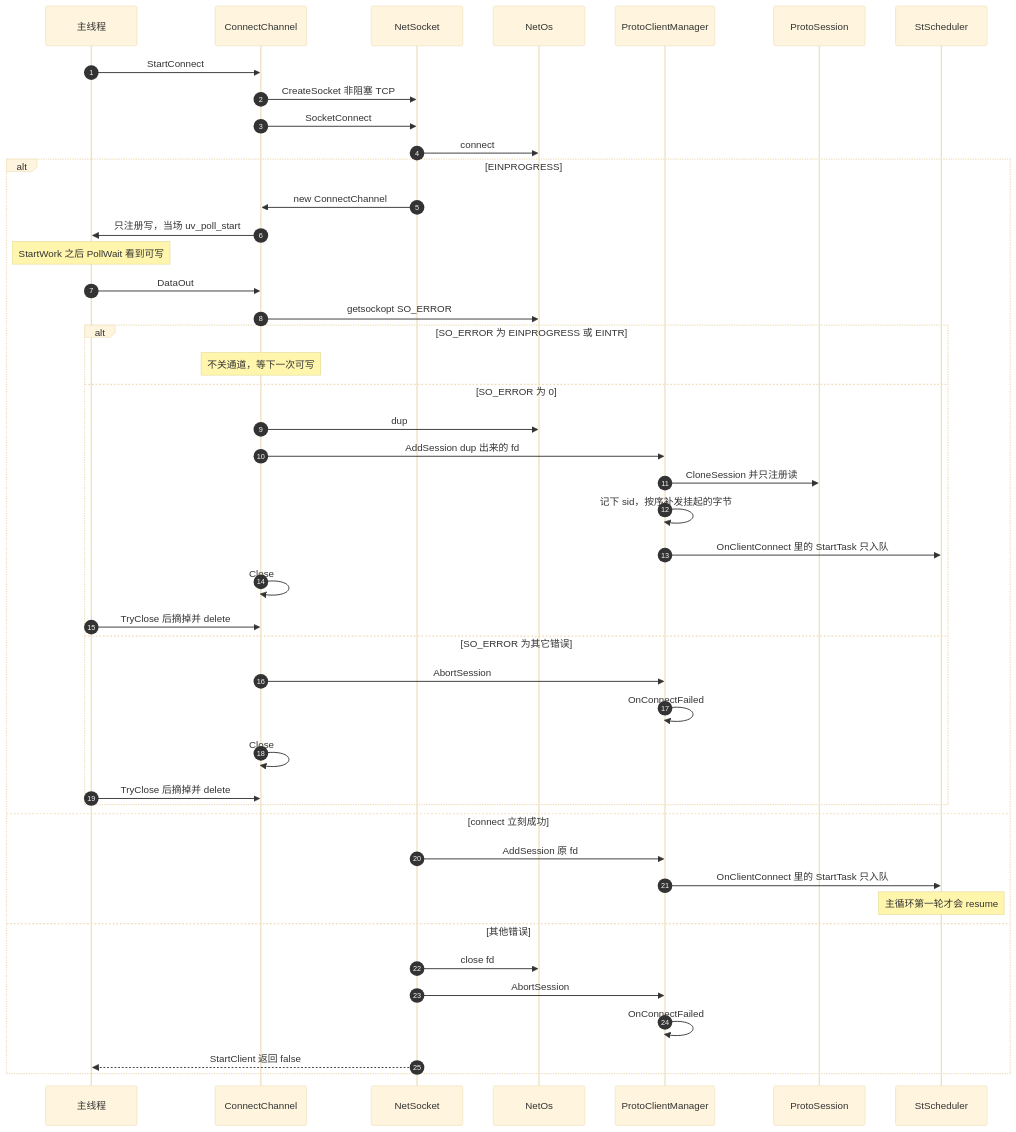
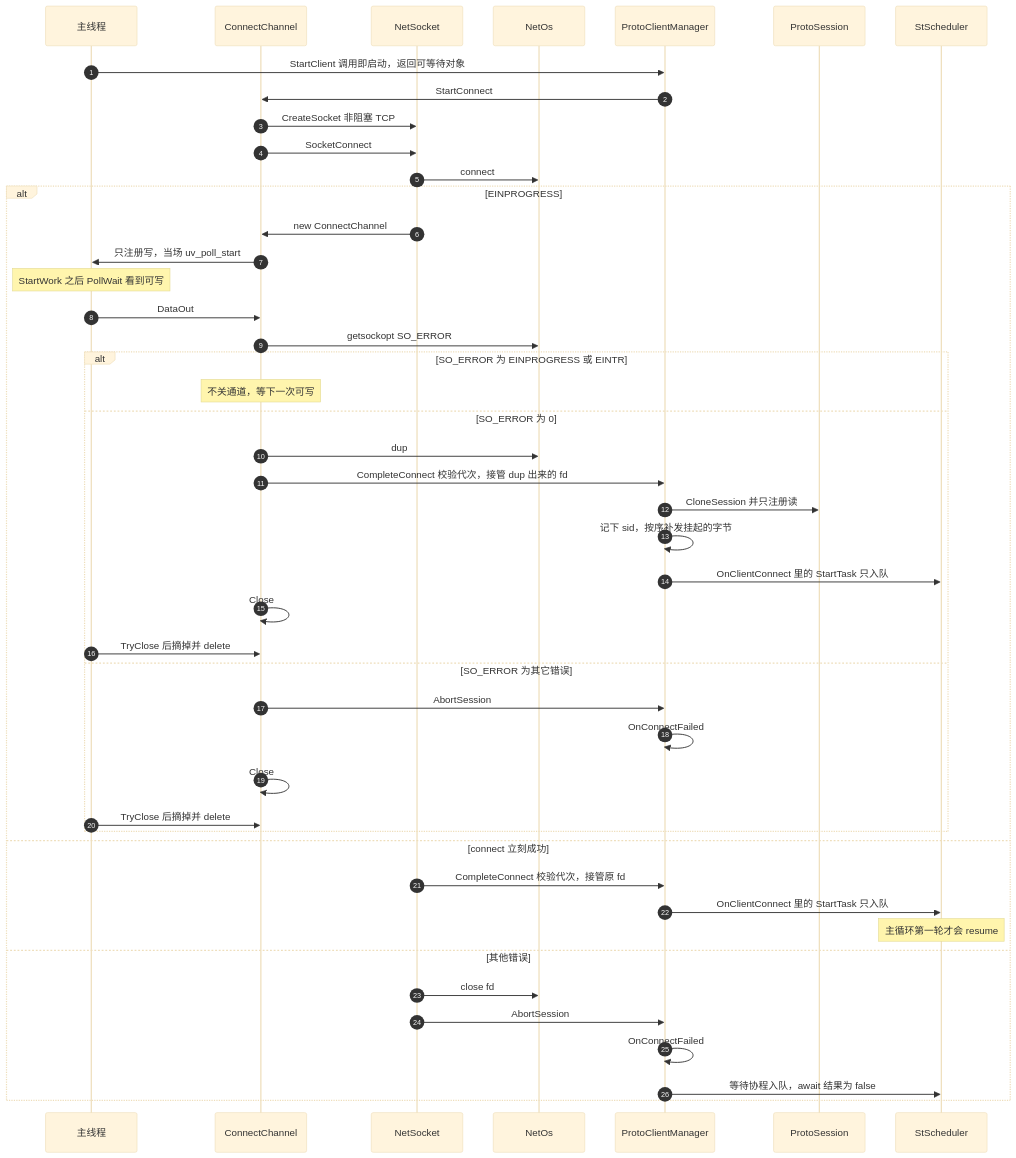
One commit to orikiaru/openidea changed the diagram in docs/sequence-diagram/single-thread/connect.md. Above: the diagram before and after it, drawn with Mermaid (base theme). The commit also changed other lines of this file and 17 other files, not shown here.

````diff
--- a/docs/sequence-diagram/single-thread/connect.md
+++ b/docs/sequence-diagram/single-thread/connect.md
@@ -7,48 +7,49 @@
 ```mermaid
 sequenceDiagram
     autonumber
     participant Main as 主线程
     participant Conn as ConnectChannel
     participant Sock as NetSocket
     participant Os as NetOs
     participant Mgr as ProtoClientManager
     participant Sess as ProtoSession
     participant Queue as StScheduler
 
-    Main->>Conn: StartConnect
+    Main->>Mgr: StartClient 调用即启动，返回可等待对象
+    Mgr->>Conn: StartConnect
     Conn->>Sock: CreateSocket 非阻塞 TCP
     Conn->>Sock: SocketConnect
     Sock->>Os: connect
     alt EINPROGRESS
         Sock->>Conn: new ConnectChannel
         Conn->>Main: 只注册写，当场 uv_poll_start
         Note over Main: StartWork 之后 PollWait 看到可写
         Main->>Conn: DataOut
         Conn->>Os: getsockopt SO_ERROR
         alt SO_ERROR 为 EINPROGRESS 或 EINTR
             Note over Conn: 不关通道，等下一次可写
         else SO_ERROR 为 0
             Conn->>Os: dup
-            Conn->>Mgr: AddSession dup 出来的 fd
+            Conn->>Mgr: CompleteConnect 校验代次，接管 dup 出来的 fd
             Mgr->>Sess: CloneSession 并只注册读
             Mgr->>Mgr: 记下 sid，按序补发挂起的字节
             Mgr->>Queue: OnClientConnect 里的 StartTask 只入队
             Conn->>Conn: Close
             Main->>Conn: TryClose 后摘掉并 delete
         else SO_ERROR 为其它错误
             Conn->>Mgr: AbortSession
             Mgr->>Mgr: OnConnectFailed
             Conn->>Conn: Close
             Main->>Conn: TryClose 后摘掉并 delete
         end
     else connect 立刻成功
-        Sock->>Mgr: AddSession 原 fd
+        Sock->>Mgr: CompleteConnect 校验代次，接管原 fd
         Mgr->>Queue: OnClientConnect 里的 StartTask 只入队
         Note over Queue: 主循环第一轮才会 resume
     else 其他错误
         Sock->>Os: close fd
         Sock->>Mgr: AbortSession
         Mgr->>Mgr: OnConnectFailed
-        Sock-->>Main: StartClient 返回 false
+        Mgr->>Queue: 等待协程入队，await 结果为 false
     end
 ```
````
